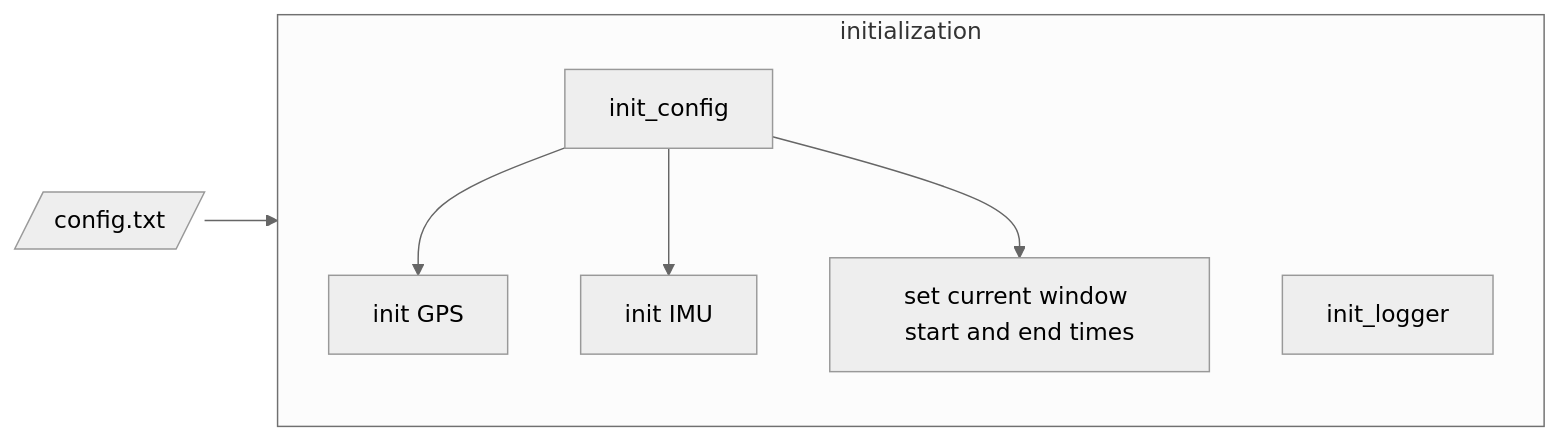
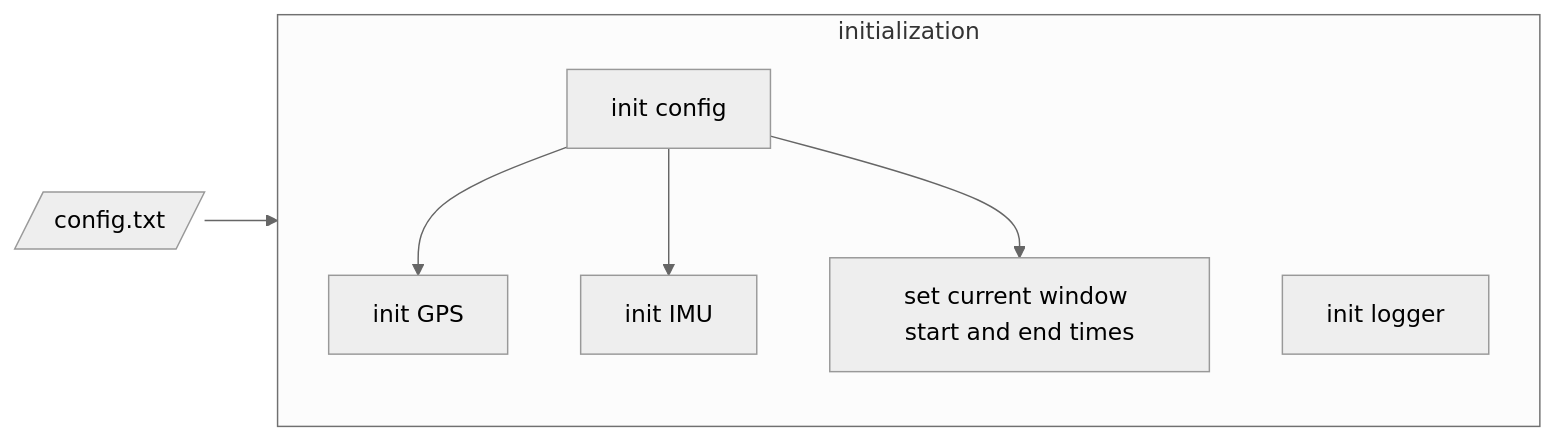
The fourth of 6 diagrams in doc/Design.md (SASlabgroup/microSWIFT), drawn with Mermaid (neutral theme) before and after one commit. The commit also changed other lines of this file, not shown here.

Commit message:
updates main flow

````diff
--- a/doc/Design.md
+++ b/doc/Design.md
@@ -134,9 +134,9 @@
 ```mermaid
 flowchart LR
-    user_config[/config.txt/]-->config["init_config"];
+    user_config[/config.txt/]-->config["init config"];
     subgraph initialization
         direction TB
-        logger["init_logger"]
+        logger["init logger"]
         config-->gps["init GPS"] & imu["init IMU"] & set_time["set current window start and end times"];
     end
 ```
````
